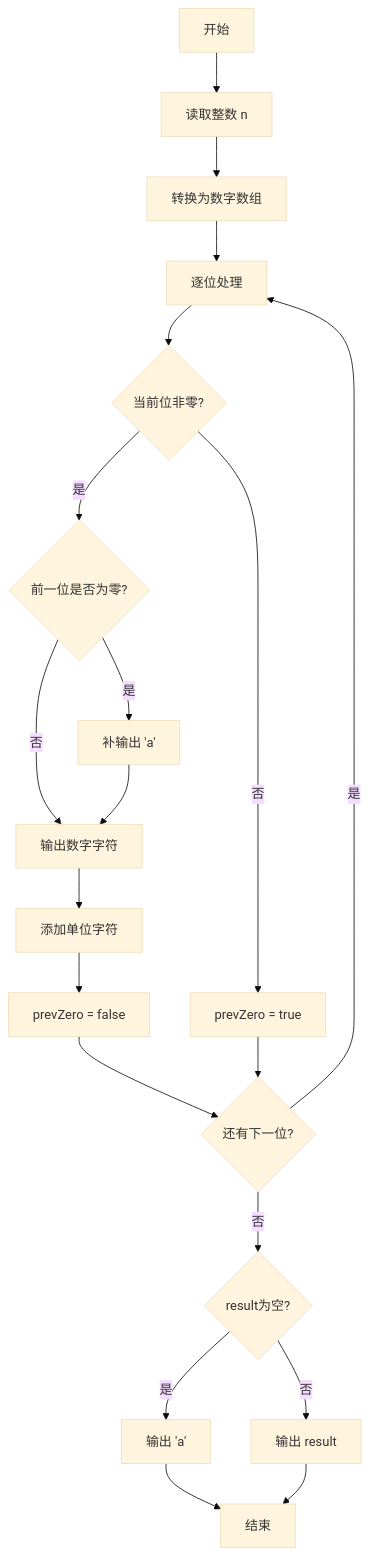
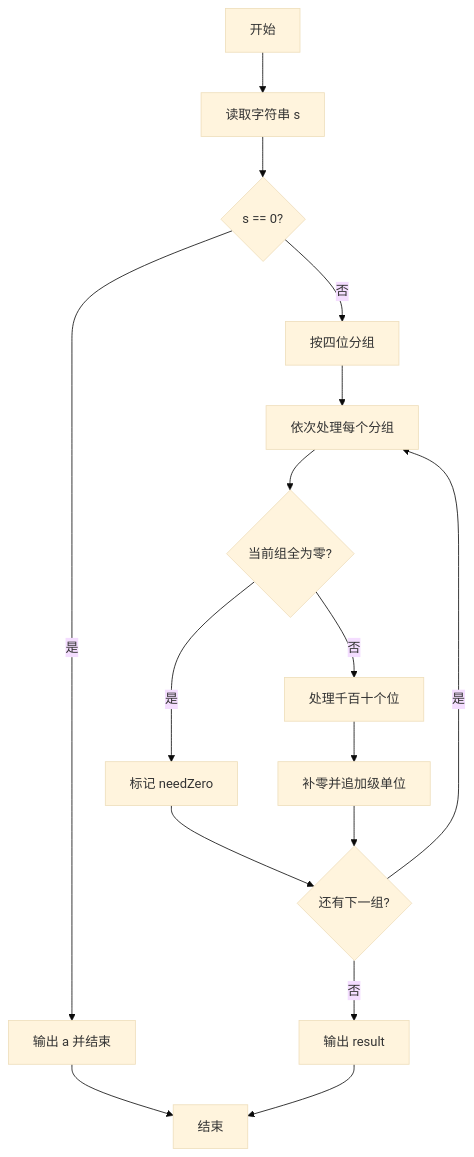
Before and after one commit to pta-program/pta_basic_program_article_by_go: the first of 2 diagrams in 编程题/PTA基础编程题目集 7-23币值转换（Go语言实现）.md, drawn with Mermaid (base theme). The commit also changed other lines of this file and 46 other files, not shown here.

````diff
--- a/编程题/PTA基础编程题目集 7-23币值转换（Go语言实现）.md
+++ b/编程题/PTA基础编程题目集 7-23币值转换（Go语言实现）.md
@@ -164,22 +169,18 @@
 ```mermaid
 flowchart TD
-    A[开始] --> B[读取整数 n]
-    B --> C[转换为数字数组]
-    C --> D[逐位处理]
-    D --> E{"当前位非零?"}
-    E -- 是 --> F{"前一位是否为零?"}
-    F -- 是 --> G[补输出 'a']
-    F -- 否 --> H[输出数字字符]
-    G --> H
-    H --> I[添加单位字符]
-    I --> J[prevZero = false]
-    E -- 否 --> K[prevZero = true]
-    J --> L{"还有下一位?"}
-    K --> L
-    L -- 是 --> D
-    L -- 否 --> M{result为空?}
-    M -- 是 --> N[输出 'a']
-    M -- 否 --> O[输出 result]
-    N --> P[结束]
-    O --> P
+    A[开始] --> B["读取字符串 s"]
+    B --> C{"s == 0?"}
+    C -- 是 --> D["输出 a 并结束"]
+    C -- 否 --> E["按四位分组"]
+    E --> F["依次处理每个分组"]
+    F --> G{"当前组全为零?"}
+    G -- 是 --> H["标记 needZero"]
+    G -- 否 --> I["处理千百十个位"]
+    H --> J{"还有下一组?"}
+    I --> K["补零并追加级单位"]
+    K --> J
+    J -- 是 --> F
+    J -- 否 --> L["输出 result"]
+    D --> M[结束]
+    L --> M
 ```
````
